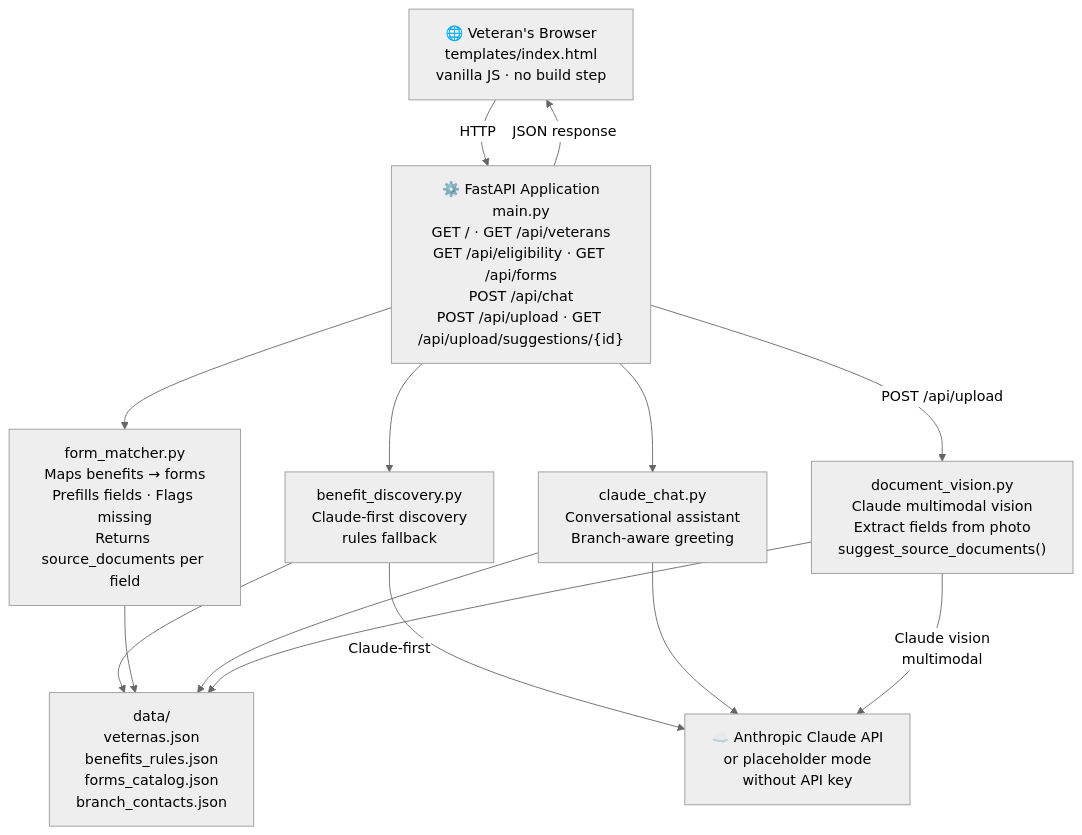
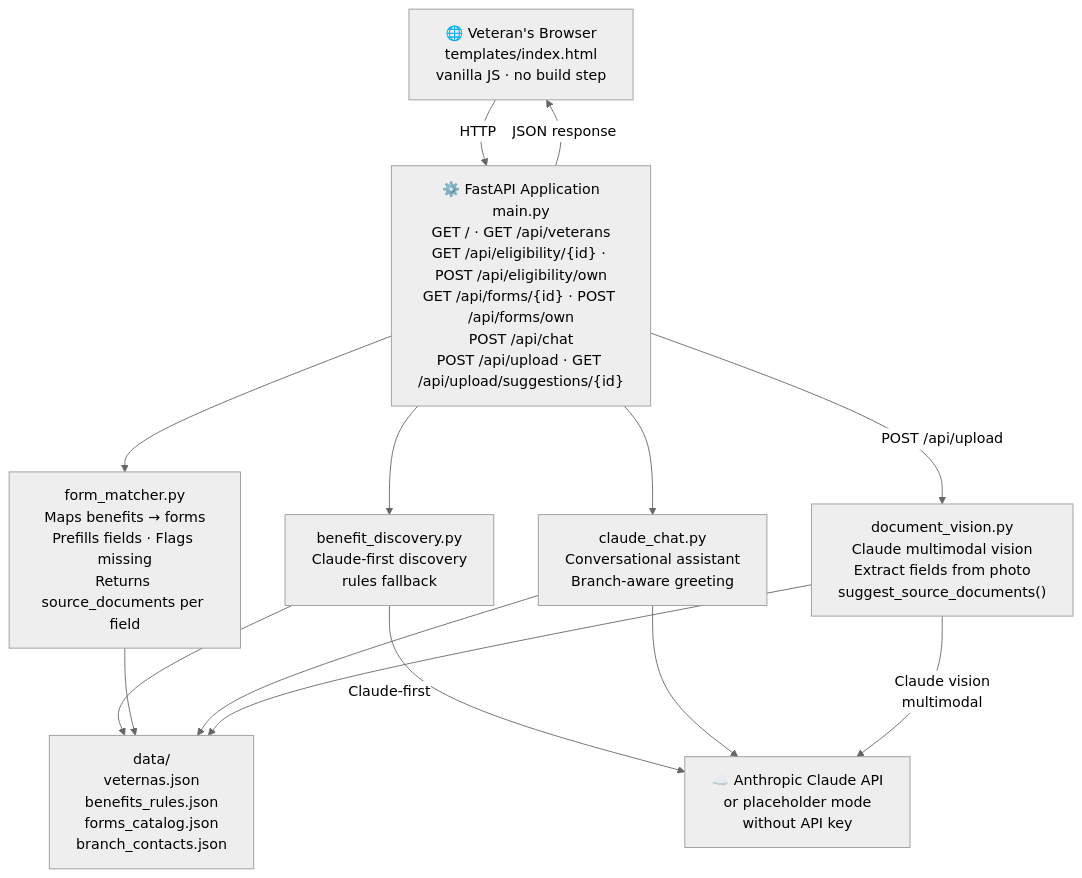
One commit to akaseahawk/VetAssist changed the fourth of 8 diagrams in README.md. Above: the diagram before and after it, drawn with Mermaid (neutral theme). The commit also changed other lines of this file and 6 other files, not shown here.

````diff
--- a/README.md
+++ b/README.md
@@ -211,29 +211,29 @@
 ```mermaid
 flowchart TD
     Browser["🌐 Veteran's Browser\ntemplates/index.html\nvanilla JS · no build step"]
 
-    API["⚙️ FastAPI Application\nmain.py\nGET / · GET /api/veterans\nGET /api/eligibility · GET /api/forms\nPOST /api/chat\nPOST /api/upload · GET /api/upload/suggestions/{id}"]
+    API["⚙️ FastAPI Application\nmain.py\nGET / · GET /api/veterans\nGET /api/eligibility/{id} · POST /api/eligibility/own\nGET /api/forms/{id} · POST /api/forms/own\nPOST /api/chat\nPOST /api/upload · GET /api/upload/suggestions/{id}"]
 
     BD["benefit_discovery.py\nClaude-first discovery\nrules fallback"]
     FM["form_matcher.py\nMaps benefits → forms\nPrefills fields · Flags missing\nReturns source_documents per field"]
     CC["claude_chat.py\nConversational assistant\nBranch-aware greeting"]
     DV["document_vision.py\nClaude multimodal vision\nExtract fields from photo\nsuggest_source_documents()"]
 
     DATA["data/\nveternas.json\nbenefits_rules.json\nforms_catalog.json\nbranch_contacts.json"]
 
     CLAUDE["☁️ Anthropic Claude API\nor placeholder mode\nwithout API key"]
 
     Browser -->|HTTP| API
     API --> BD
     API --> FM
     API --> CC
     API -->|"POST /api/upload"| DV
     BD --> DATA
     FM --> DATA
     CC --> DATA
     DV --> DATA
     BD -->|Claude-first| CLAUDE
     CC --> CLAUDE
     DV -->|"Claude vision\nmultimodal"| CLAUDE
     API -->|JSON response| Browser
 ```
````
